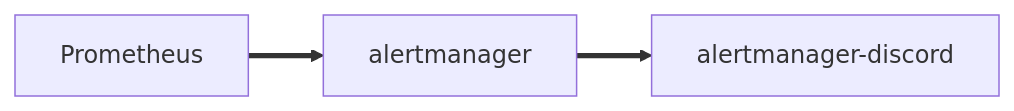
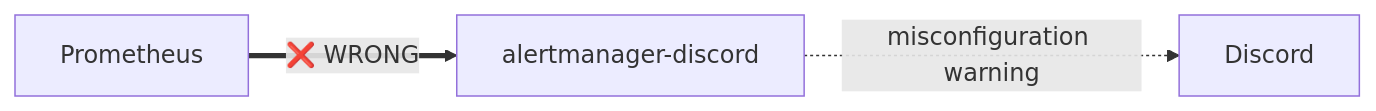
Before and after one commit to SimplicityGuy/alertmanager-discord: the second of 2 diagrams in README.md, drawn with Mermaid. The commit also changed other lines of this file and 1 other file, not shown here.

````diff
--- a/README.md
+++ b/README.md
@@ -17,5 +45,5 @@
 ```mermaid
 flowchart LR;
-    Prometheus==>alertmanager;
-    alertmanager==>alertmanager-discord;
+    Prometheus==>|❌ WRONG|alertmanager-discord;
+    alertmanager-discord-.->|misconfiguration warning|Discord;
 ```
````
